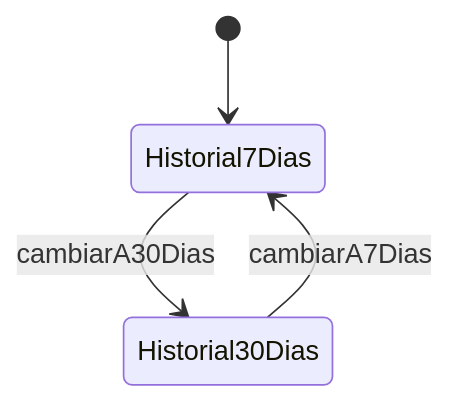
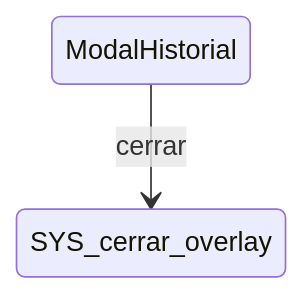
One commit to cepeche/Trenza-DSL changed the diagram in docs/sistema/overlays/ModalHistorial.md. Above: the diagram before and after it, drawn with Mermaid. The commit also changed other lines of this file and 16 other files, not shown here.

````diff
--- a/docs/sistema/overlays/ModalHistorial.md
+++ b/docs/sistema/overlays/ModalHistorial.md
@@ -25,6 +13,4 @@
 ```mermaid
 stateDiagram-v2
-    [*] --> Historial7Dias
-    Historial7Dias --> Historial30Dias : cambiarA30Dias
-    Historial30Dias --> Historial7Dias : cambiarA7Dias
+    ModalHistorial --> SYS_cerrar_overlay : cerrar
 ```
````
